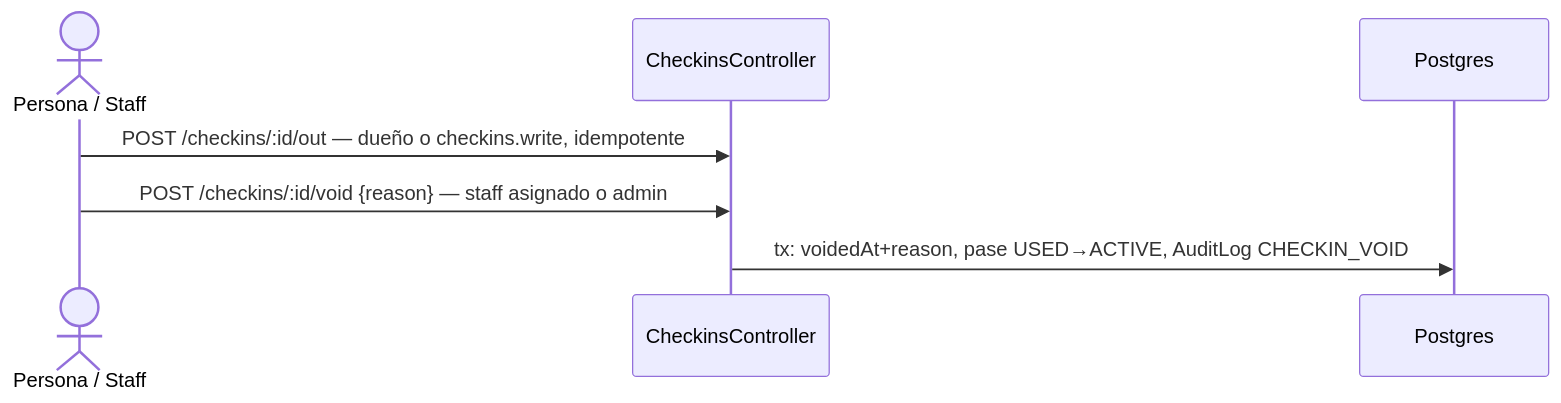
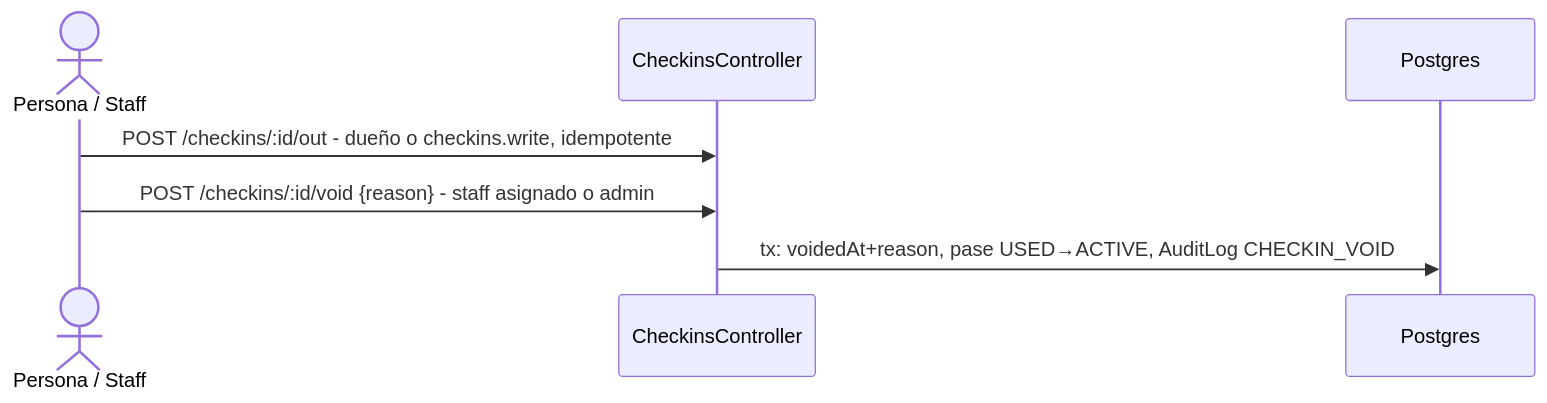
Diagram 16 of 31 in docs/flows.md (EduardoSalasG/omnidance), drawn with Mermaid before and after one commit. The commit also changed other lines of this file and 436 other files, not shown here.

````diff
--- a/docs/flows.md
+++ b/docs/flows.md
@@ -325,10 +325,10 @@
 ```mermaid
 sequenceDiagram
     actor P as Persona / Staff
     participant API as CheckinsController
     participant DB as Postgres
 
-    P->>API: POST /checkins/:id/out — dueño o checkins.write, idempotente
-    P->>API: POST /checkins/:id/void {reason} — staff asignado o admin
+    P->>API: POST /checkins/:id/out - dueño o checkins.write, idempotente
+    P->>API: POST /checkins/:id/void {reason} - staff asignado o admin
     API->>DB: tx: voidedAt+reason, pase USED→ACTIVE, AuditLog CHECKIN_VOID
 ```
````
